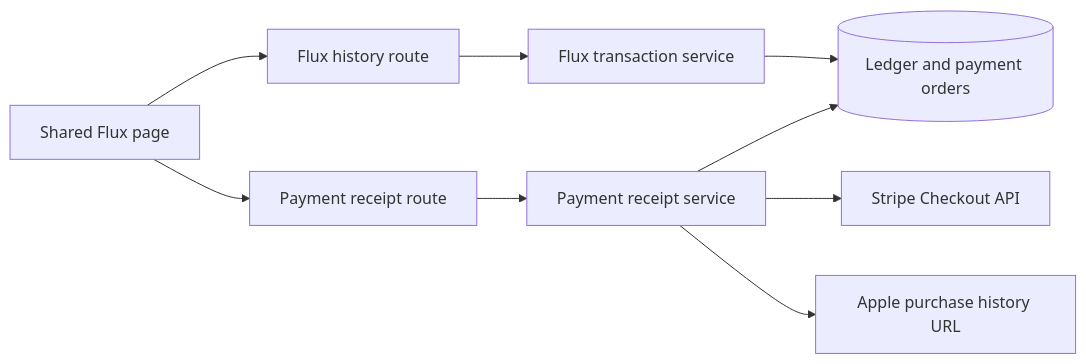
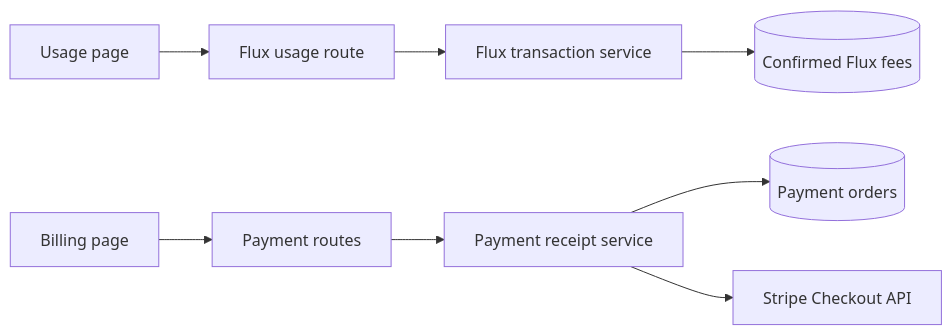
One commit to moeru-ai/airi changed the first of 2 diagrams in server/docs/ai/adr/2026-11-03-topup-order-receipts.md. Above: the diagram before and after it, drawn with Mermaid. The commit also changed other lines of this file and 25 other files, not shown here.

Commit message:
feat(flux): separate usage from billing and receipts

````diff
--- a/server/docs/ai/adr/2026-11-03-topup-order-receipts.md
+++ b/server/docs/ai/adr/2026-11-03-topup-order-receipts.md
@@ -34,11 +44,10 @@
 ```mermaid
 flowchart LR
-  Page[Shared Flux page] --> History[Flux history route]
-  History --> Ledger[Flux transaction service]
-  Ledger --> DB[(Ledger and payment orders)]
-  Page --> Route[Payment receipt route]
-  Route --> Receipt[Payment receipt service]
-  Receipt --> DB
-  Receipt --> Stripe[Stripe Checkout API]
-  Receipt --> Apple[Apple purchase history URL]
+  Usage[Usage page] --> UsageRoute[Flux usage route]
+  UsageRoute --> Fees[Flux transaction service]
+  Fees --> FeeDB[(Confirmed Flux fees)]
+  Billing[Billing page] --> Payments[Payment routes]
+  Payments --> Receipts[Payment receipt service]
+  Receipts --> Orders[(Payment orders)]
+  Receipts --> Stripe[Stripe Checkout API]
 ```
````
